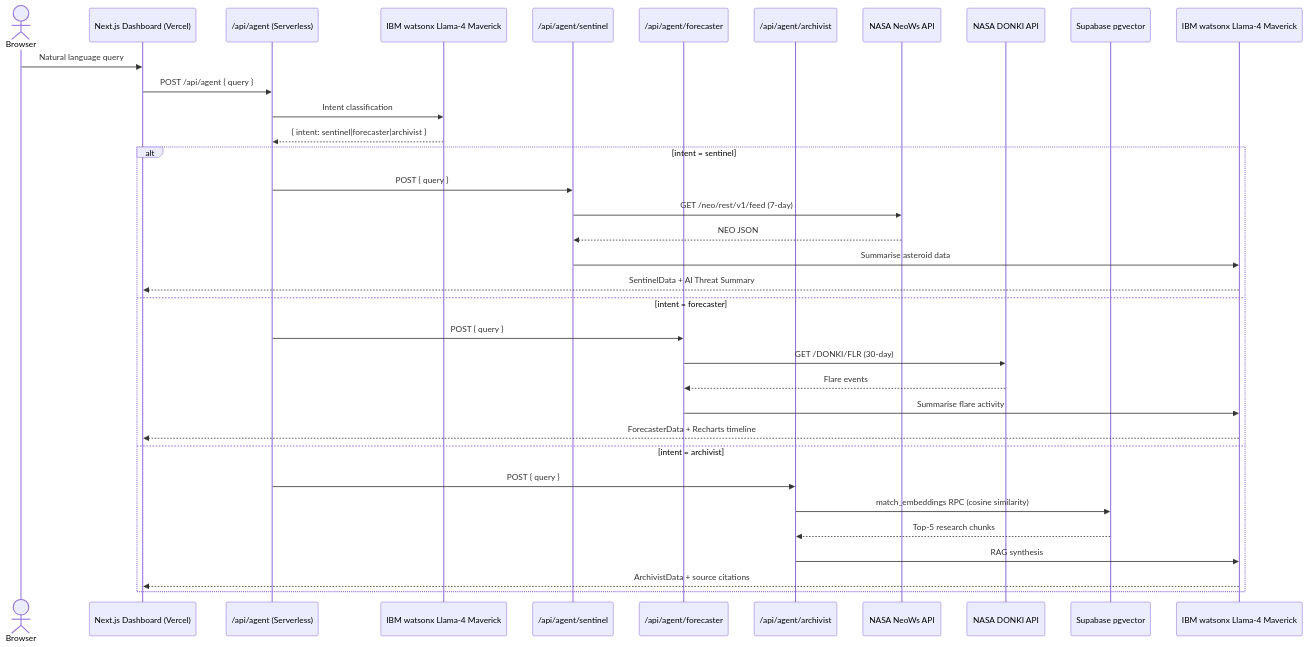
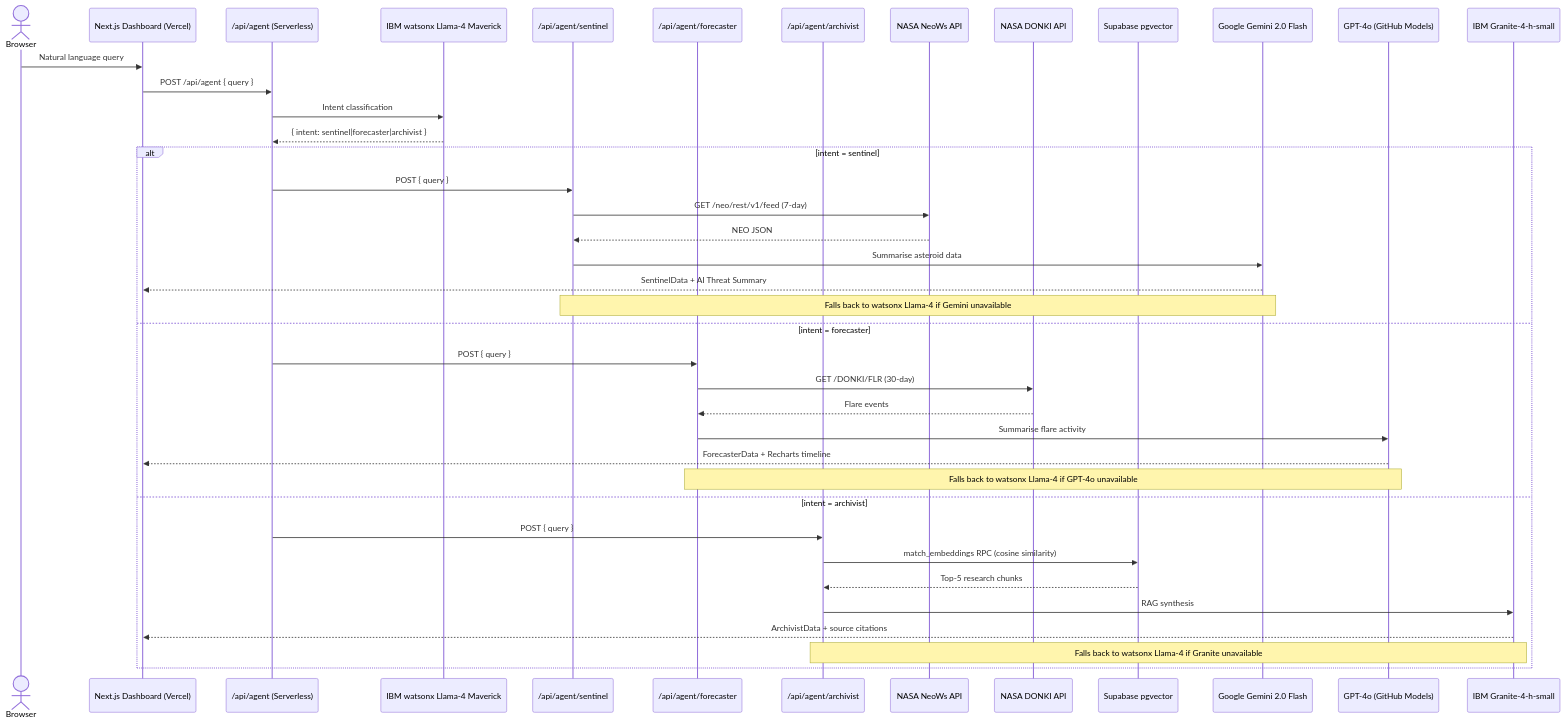
One commit to primegideon/orion-space-command changed the diagram in README.md. Above: the diagram before and after it, drawn with Mermaid. The commit also changed other lines of this file and 21 other files, not shown here.

````diff
--- a/README.md
+++ b/README.md
@@ -98,39 +98,44 @@
 ```mermaid
 sequenceDiagram
     actor User as Browser
     participant UI as Next.js Dashboard (Vercel)
     participant Router as /api/agent (Serverless)
     participant WX as IBM watsonx Llama-4 Maverick
     participant Sentinel as /api/agent/sentinel
     participant Forecaster as /api/agent/forecaster
     participant Archivist as /api/agent/archivist
     participant NeoWs as NASA NeoWs API
     participant DONKI as NASA DONKI API
     participant SB as Supabase pgvector
-    participant Synth as IBM watsonx Llama-4 Maverick
+    participant Gemini as Google Gemini 2.0 Flash
+    participant GPT4o as GPT-4o (GitHub Models)
+    participant Granite as IBM Granite-4-h-small
 
     User->>UI: Natural language query
     UI->>Router: POST /api/agent { query }
     Router->>WX: Intent classification
     WX-->>Router: { intent: sentinel|forecaster|archivist }
 
     alt intent = sentinel
         Router->>Sentinel: POST { query }
         Sentinel->>NeoWs: GET /neo/rest/v1/feed (7-day)
         NeoWs-->>Sentinel: NEO JSON
-        Sentinel->>Synth: Summarise asteroid data
-        Synth-->>UI: SentinelData + AI Threat Summary
+        Sentinel->>Gemini: Summarise asteroid data
+        Gemini-->>UI: SentinelData + AI Threat Summary
+        note over Sentinel,Gemini: Falls back to watsonx Llama-4 if Gemini unavailable
     else intent = forecaster
         Router->>Forecaster: POST { query }
         Forecaster->>DONKI: GET /DONKI/FLR (30-day)
         DONKI-->>Forecaster: Flare events
-        Forecaster->>Synth: Summarise flare activity
-        Synth-->>UI: ForecasterData + Recharts timeline
+        Forecaster->>GPT4o: Summarise flare activity
+        GPT4o-->>UI: ForecasterData + Recharts timeline
+        note over Forecaster,GPT4o: Falls back to watsonx Llama-4 if GPT-4o unavailable
     else intent = archivist
         Router->>Archivist: POST { query }
         Archivist->>SB: match_embeddings RPC (cosine similarity)
         SB-->>Archivist: Top-5 research chunks
-        Archivist->>Synth: RAG synthesis
-        Synth-->>UI: ArchivistData + source citations
+        Archivist->>Granite: RAG synthesis
+        Granite-->>UI: ArchivistData + source citations
+        note over Archivist,Granite: Falls back to watsonx Llama-4 if Granite unavailable
     end
 ```
````
